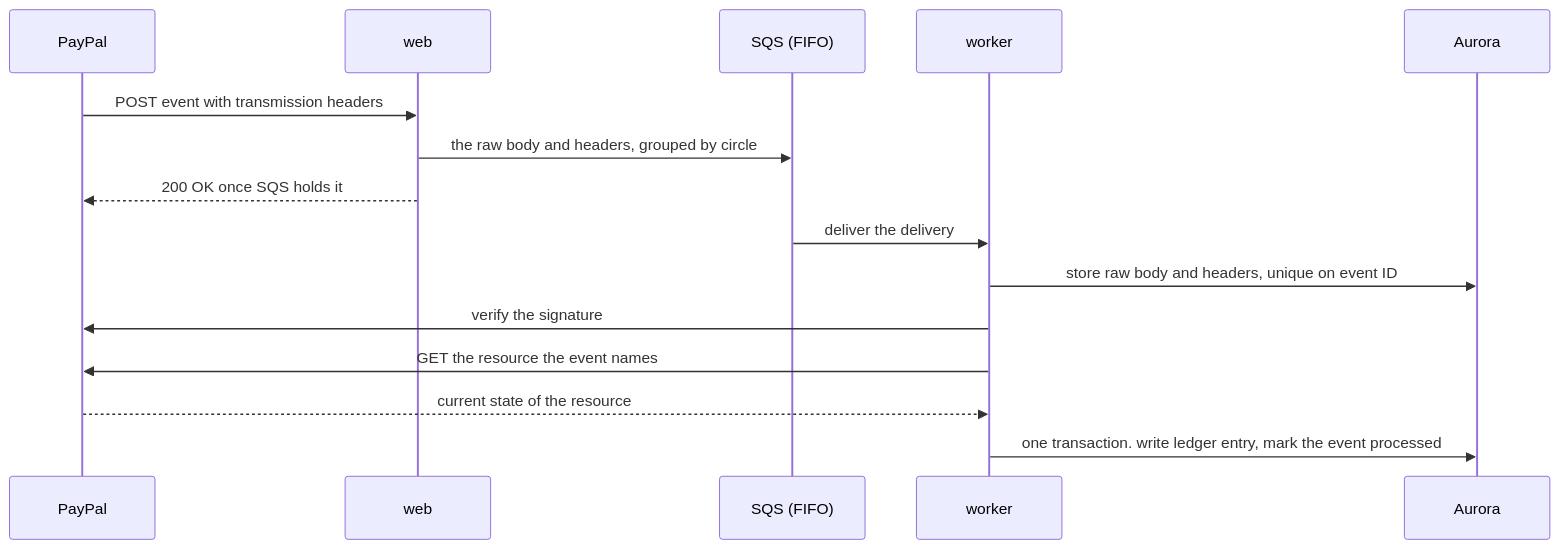
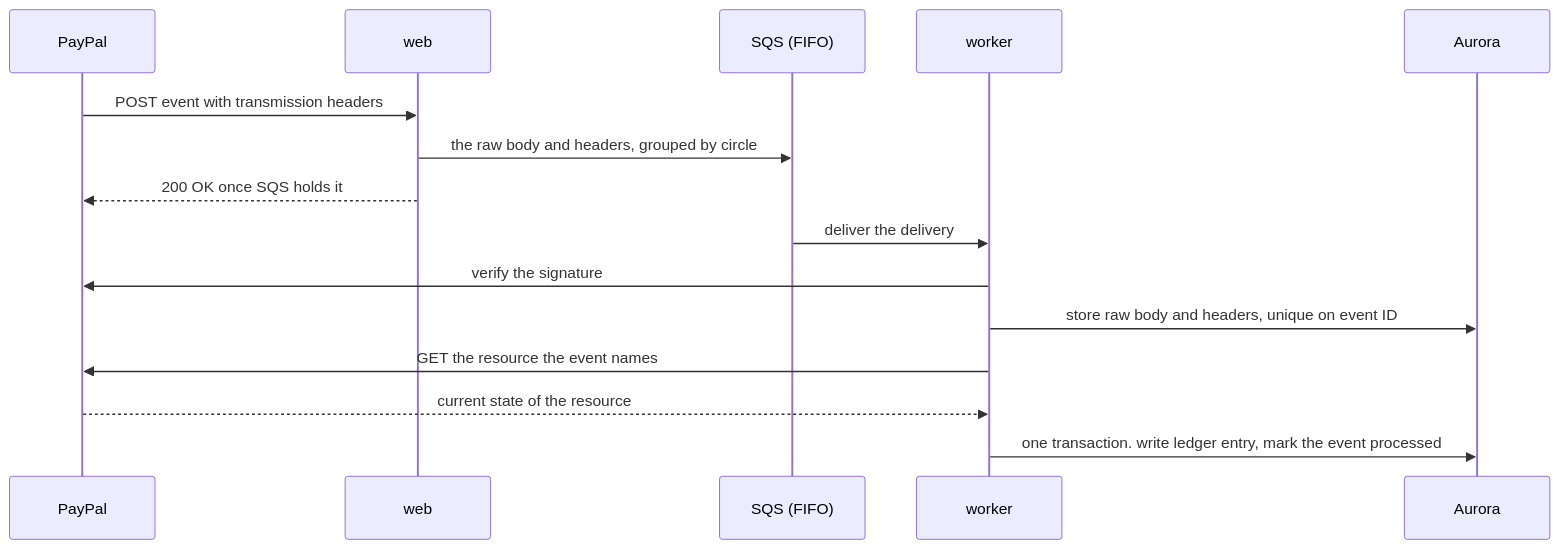
One commit to rogerjeasy/kin changed the seventh of 17 diagrams in docs/architecture.md. Above: the diagram before and after it, drawn with Mermaid. The commit also changed other lines of this file and 2 other files, not shown here.

First line of the commit message:
fix(worker): verify a webhook before storing anything from its body

````diff
--- a/docs/architecture.md
+++ b/docs/architecture.md
@@ -601,18 +601,18 @@
 ```mermaid
 sequenceDiagram
     participant PP as PayPal
     participant WEB as web
     participant Q as SQS (FIFO)
     participant WK as worker
     participant DB as Aurora
 
     PP->>WEB: POST event with transmission headers
     WEB->>Q: the raw body and headers, grouped by circle
     WEB-->>PP: 200 OK once SQS holds it
     Q->>WK: deliver the delivery
+    WK->>PP: verify the signature
     WK->>DB: store raw body and headers, unique on event ID
-    WK->>PP: verify the signature
     WK->>PP: GET the resource the event names
     PP-->>WK: current state of the resource
     WK->>DB: one transaction. write ledger entry, mark the event processed
 ```
````
